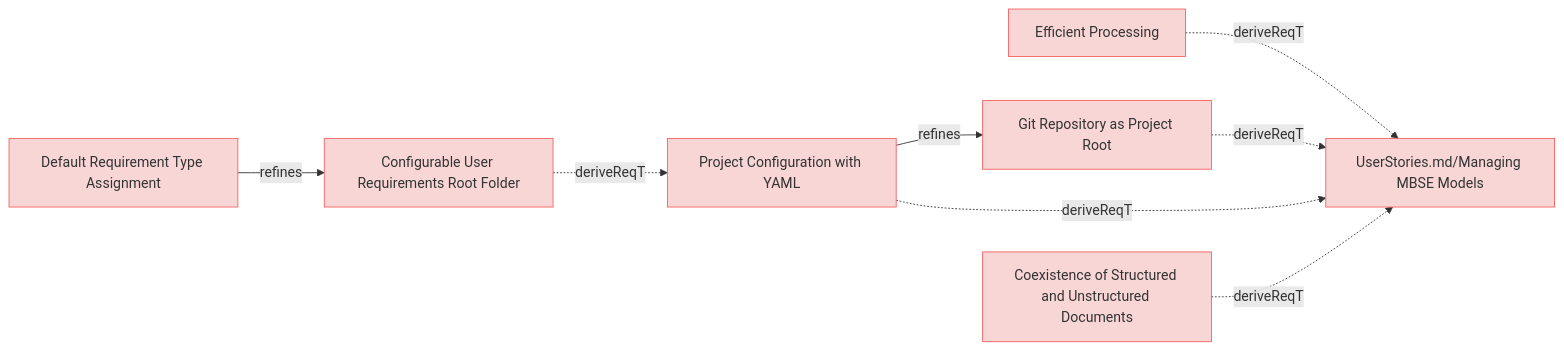
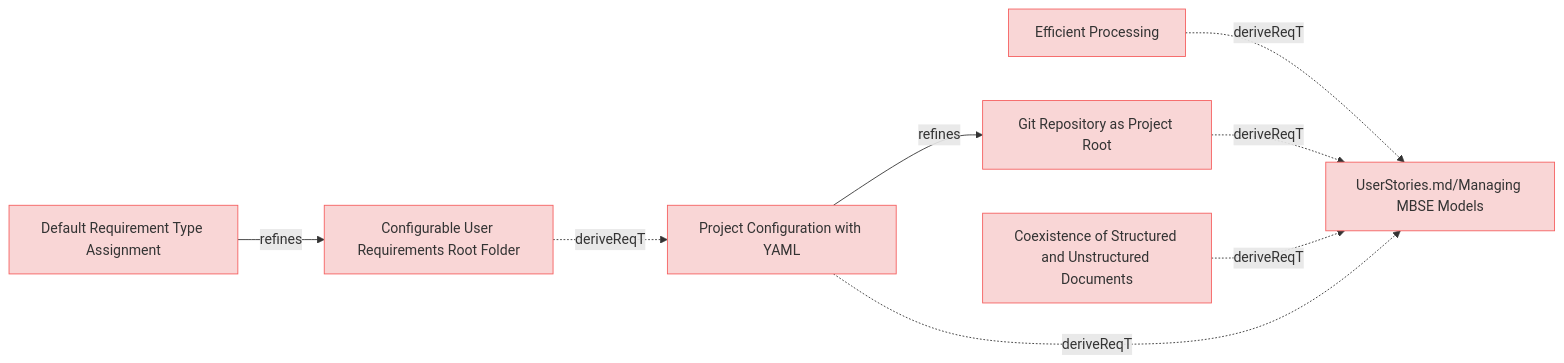
One commit to reqvire-org/reqvire changed the diagram in specifications/ManagingMbseModelsRequirements.md. Above: the diagram before and after it, drawn with Mermaid. The commit also changed other lines of this file and 14 other files, not shown here.

Commit message:
Diagrams updated.

````diff
--- a/specifications/ManagingMbseModelsRequirements.md
+++ b/specifications/ManagingMbseModelsRequirements.md
@@ -4,37 +4,37 @@
 ```mermaid
 graph LR;
   %% Graph styling
   classDef requirement fill:#f9d6d6,stroke:#f55f5f,stroke-width:1px;
   classDef verification fill:#d6f9d6,stroke:#5fd75f,stroke-width:1px;
   classDef externalLink fill:#d0e0ff,stroke:#3080ff,stroke-width:1px;
   classDef default fill:#f5f5f5,stroke:#333333,stroke-width:1px;
 
   d193d11c43776bec["Efficient Processing"];
   class d193d11c43776bec requirement;
   click d193d11c43776bec "ManagingMbseModelsRequirements.md#efficient-processing";
   e61b7c1baa89bfc6["UserStories.md/Managing MBSE Models"];
   class e61b7c1baa89bfc6 requirement;
   click e61b7c1baa89bfc6 "UserStories.md#managing-mbse-models";
   d193d11c43776bec -.->|deriveReqT| e61b7c1baa89bfc6;
-  d9354ef2eca0f2d0["Configurable User Requirements Root Folder"];
-  class d9354ef2eca0f2d0 requirement;
-  click d9354ef2eca0f2d0 "ManagingMbseModelsRequirements.md#configurable-user-requirements-root-folder";
-  16b4b380c917deb1["Project Configuration with YAML"];
-  class 16b4b380c917deb1 requirement;
-  click 16b4b380c917deb1 "ManagingMbseModelsRequirements.md#project-configuration-with-yaml";
-  d9354ef2eca0f2d0 -.->|deriveReqT| 16b4b380c917deb1;
   649d72765b13e14f["Git Repository as Project Root"];
   class 649d72765b13e14f requirement;
   click 649d72765b13e14f "ManagingMbseModelsRequirements.md#git-repository-as-project-root";
   649d72765b13e14f -.->|deriveReqT| e61b7c1baa89bfc6;
   c9cc6878a73bb951["Default Requirement Type Assignment"];
   class c9cc6878a73bb951 requirement;
   click c9cc6878a73bb951 "ManagingMbseModelsRequirements.md#default-requirement-type-assignment";
+  d9354ef2eca0f2d0["Configurable User Requirements Root Folder"];
+  class d9354ef2eca0f2d0 requirement;
+  click d9354ef2eca0f2d0 "ManagingMbseModelsRequirements.md#configurable-user-requirements-root-folder";
   c9cc6878a73bb951 -->|refines| d9354ef2eca0f2d0;
-  16b4b380c917deb1 -.->|deriveReqT| e61b7c1baa89bfc6;
-  16b4b380c917deb1 -->|refines| 649d72765b13e14f;
   f0d721424636370e["Coexistence of Structured and Unstructured Documents"];
   class f0d721424636370e requirement;
   click f0d721424636370e "ManagingMbseModelsRequirements.md#coexistence-of-structured-and-unstructured-documents";
   f0d721424636370e -.->|deriveReqT| e61b7c1baa89bfc6;
+  16b4b380c917deb1["Project Configuration with YAML"];
+  class 16b4b380c917deb1 requirement;
+  click 16b4b380c917deb1 "ManagingMbseModelsRequirements.md#project-configuration-with-yaml";
+  d9354ef2eca0f2d0 -.->|deriveReqT| 16b4b380c917deb1;
+  16b4b380c917deb1 -.->|deriveReqT| e61b7c1baa89bfc6;
+  16b4b380c917deb1 -->|refines| 649d72765b13e14f;
 ```
````
